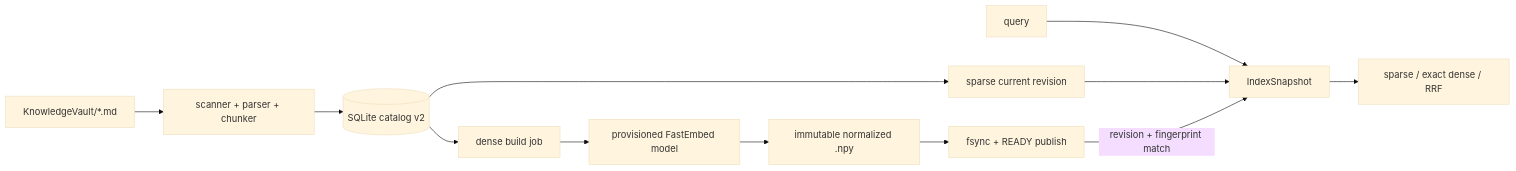
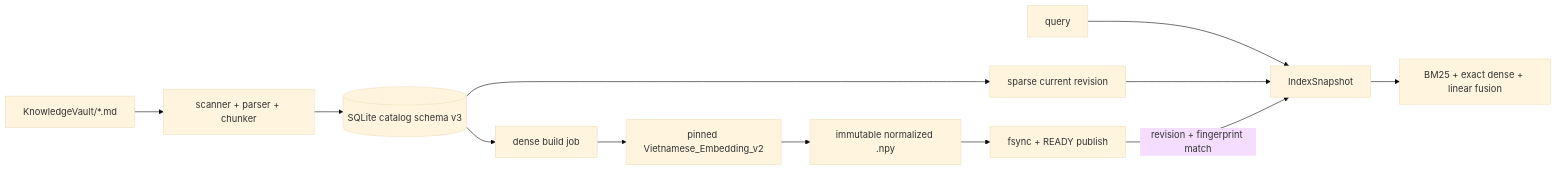
One commit to finalflash159/soca changed the diagram in docs/11-index-lifecycle.md. Above: the diagram before and after it, drawn with Mermaid (base theme). The commit also changed other lines of this file and 6 other files, not shown here.

````diff
--- a/docs/11-index-lifecycle.md
+++ b/docs/11-index-lifecycle.md
@@ -7,14 +9,14 @@
 ```mermaid
 flowchart LR
   FS[KnowledgeVault/*.md] --> S[scanner + parser + chunker]
-  S --> TX[(SQLite catalog v2)]
+  S --> TX[(SQLite catalog schema v3)]
   TX --> SP[sparse current revision]
   TX --> J[dense build job]
-  J --> M[provisioned FastEmbed model]
+  J --> M[pinned Vietnamese_Embedding_v2]
   M --> N[immutable normalized .npy]
   N --> P[fsync + READY publish]
   Q[query] --> SS[IndexSnapshot]
   SP --> SS
   P -->|revision + fingerprint match| SS
-  SS --> R[sparse / exact dense / RRF]
+  SS --> R[BM25 + exact dense + linear fusion]
 ```
````
